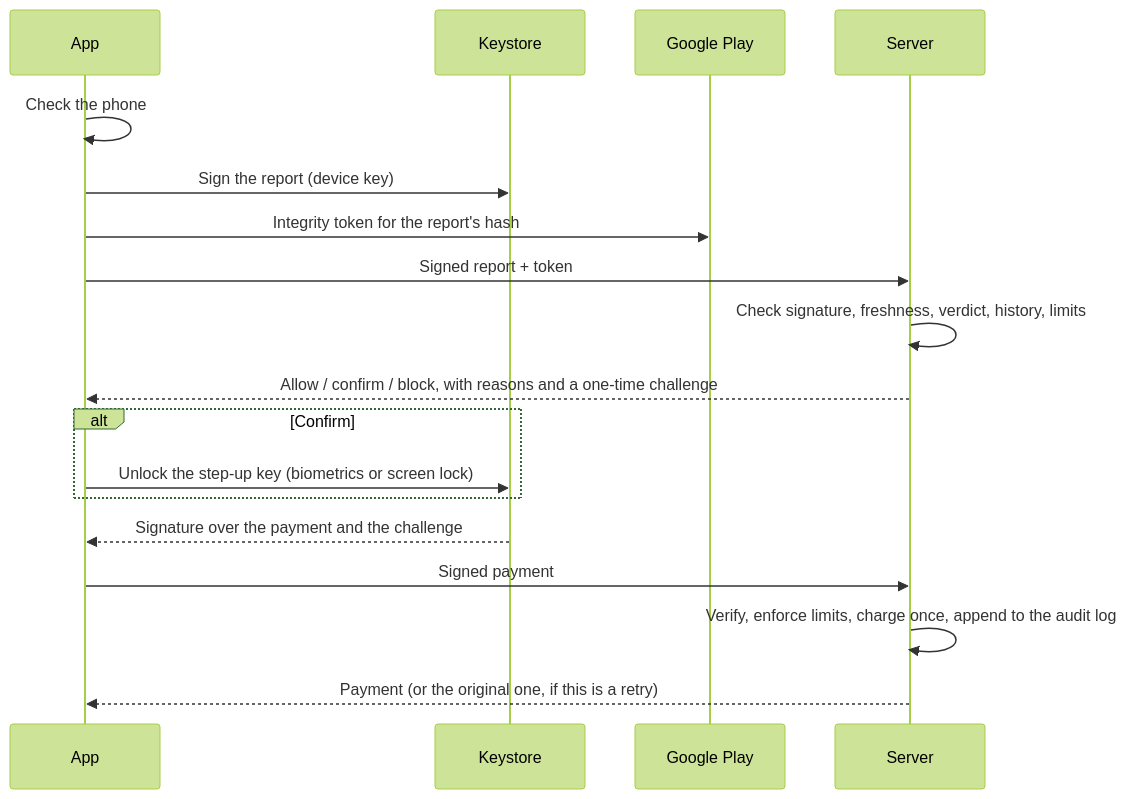
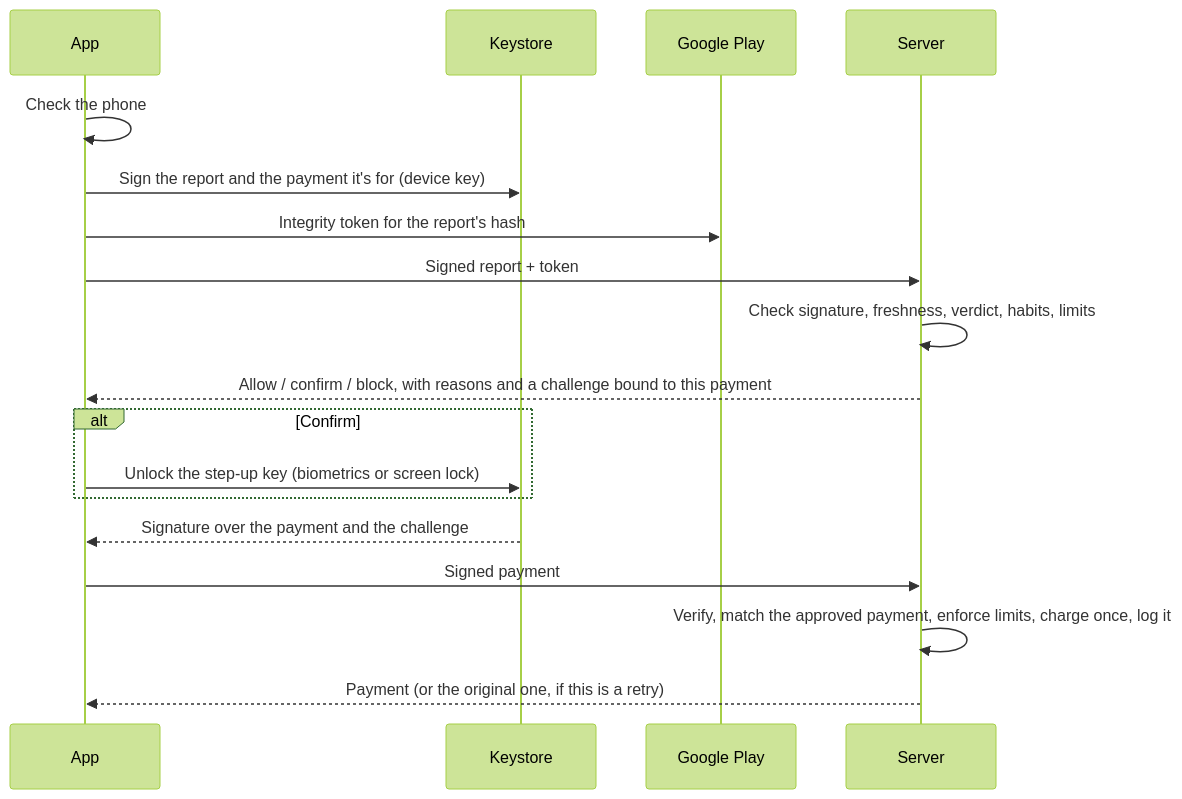
One commit to fattah247/trustgate-android changed the first of 2 diagrams in README.md. Above: the diagram before and after it, drawn with Mermaid (forest theme). The commit also changed other lines of this file and 7 other files, not shown here.

First line of the commit message:
documentation: describe payment binding, accounts, habits, device recall, anchoring, fuzzing and provenance

````diff
--- a/README.md
+++ b/README.md
@@ -38,20 +44,20 @@
 ```mermaid
 sequenceDiagram
     participant App
     participant Keystore
     participant Play as Google Play
     participant Server
     App->>App: Check the phone
-    App->>Keystore: Sign the report (device key)
+    App->>Keystore: Sign the report and the payment it's for (device key)
     App->>Play: Integrity token for the report's hash
     App->>Server: Signed report + token
-    Server->>Server: Check signature, freshness, verdict, history, limits
-    Server-->>App: Allow / confirm / block, with reasons and a one-time challenge
+    Server->>Server: Check signature, freshness, verdict, habits, limits
+    Server-->>App: Allow / confirm / block, with reasons and a challenge bound to this payment
     alt Confirm
         App->>Keystore: Unlock the step-up key (biometrics or screen lock)
     end
     Keystore-->>App: Signature over the payment and the challenge
     App->>Server: Signed payment
-    Server->>Server: Verify, enforce limits, charge once, append to the audit log
+    Server->>Server: Verify, match the approved payment, enforce limits, charge once, log it
     Server-->>App: Payment (or the original one, if this is a retry)
 ```
````
